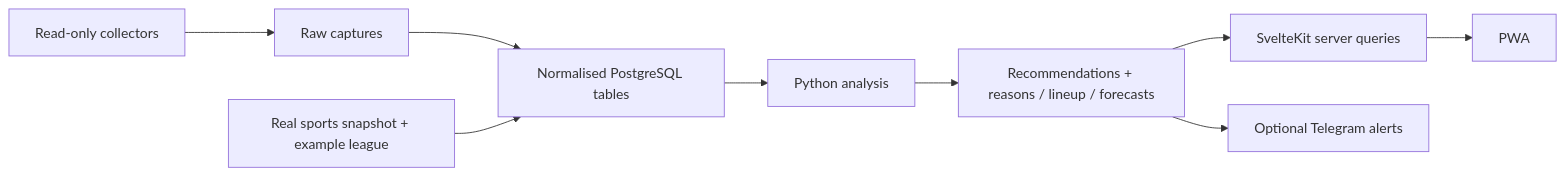
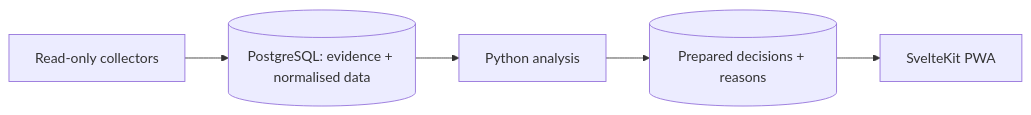
The diagram in README.md (Braisdlim/lfm-fantasy), drawn with Mermaid before and after one commit. The commit also changed other lines of this file and 6 other files, not shown here.

````diff
--- a/README.md
+++ b/README.md
@@ -56,11 +27,7 @@
 ```mermaid
 flowchart LR
-    A[Read-only collectors] --> B[Raw captures]
-    B --> C[Normalised PostgreSQL tables]
-    C --> D[Python analysis]
-    D --> E[Recommendations + reasons / lineup / forecasts]
-    E --> F[SvelteKit server queries]
-    F --> G[PWA]
-    E --> H[Optional Telegram alerts]
-    I[Real sports snapshot + example league] --> C
+    A[Read-only collectors] --> B[(PostgreSQL: evidence + normalised data)]
+    B --> C[Python analysis]
+    C --> D[(Prepared decisions + reasons)]
+    D --> E[SvelteKit PWA]
 ```
````
